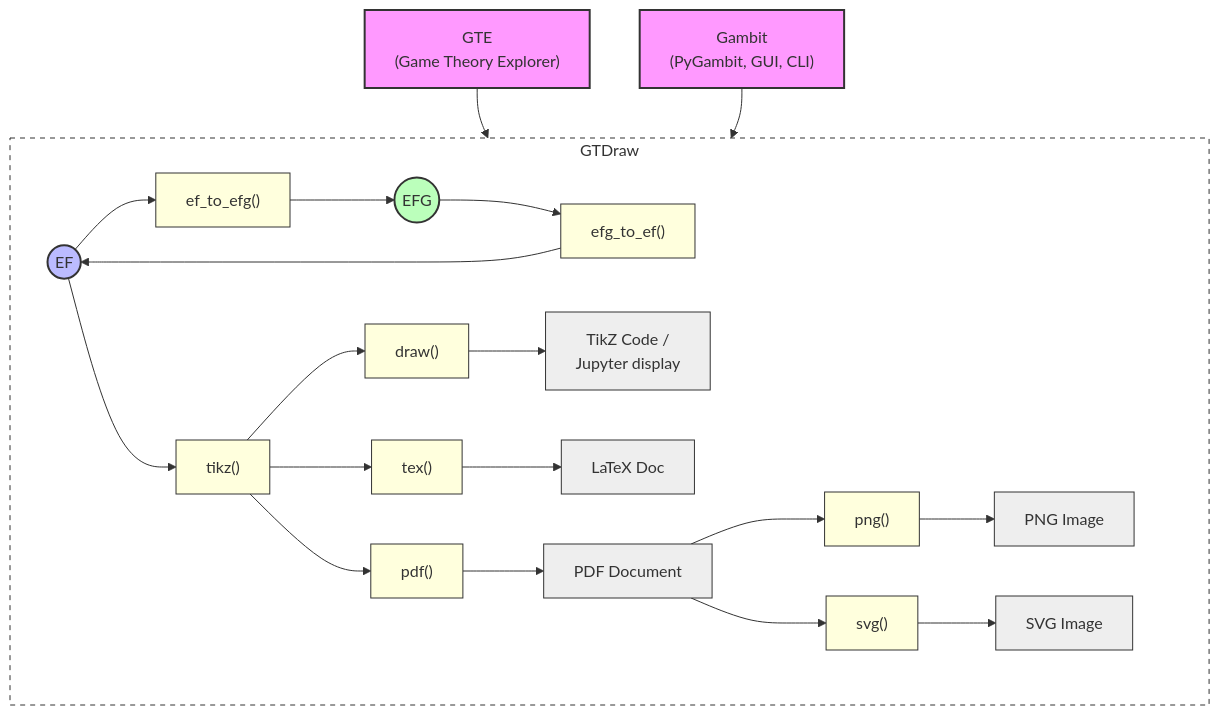
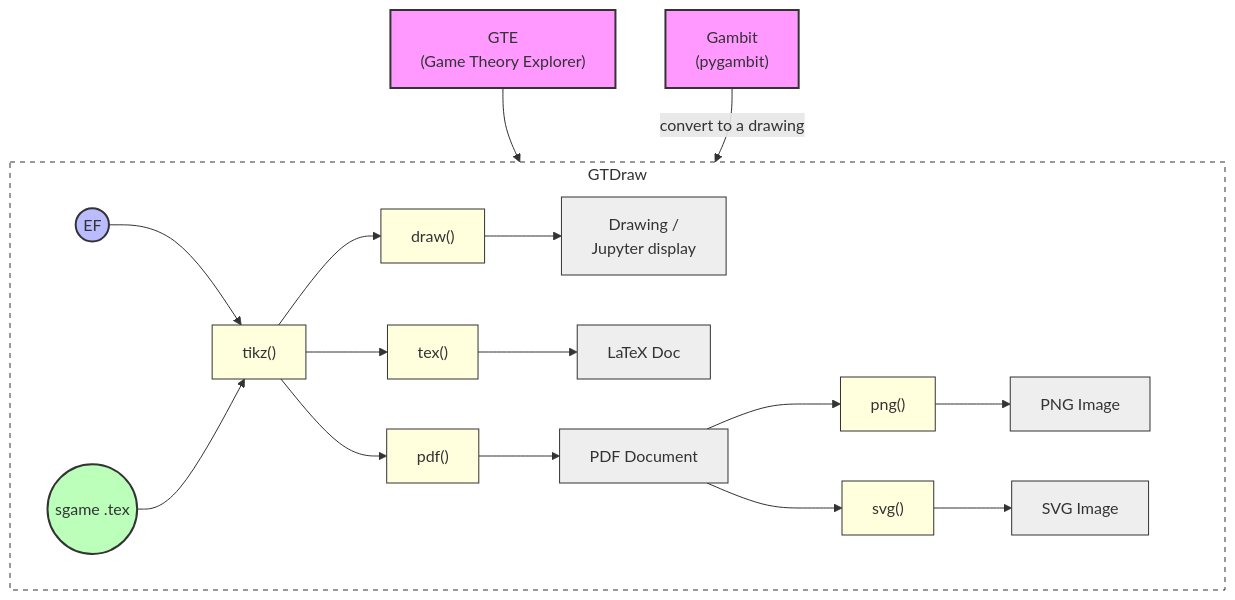
One commit to gambitproject/gtdraw changed the diagram in docs/creating_games.md. Above: the diagram before and after it, drawn with Mermaid. The commit also changed other lines of this file and 55 other files, not shown here.

````diff
--- a/docs/creating_games.md
+++ b/docs/creating_games.md
@@ -12,58 +10,52 @@
 ```{mermaid}
 flowchart TD
     %% Source Inputs
     GTE["GTE <br/> (Game Theory Explorer)"] --> EF((EF))
-    Gambit["Gambit <br/> (PyGambit, GUI, CLI)"] --> EFG((EFG))
+    Gambit["Gambit <br/> (pygambit)"] -- "convert to a drawing" --> EF
+    SG((sgame .tex))
 
     subgraph GTDraw
         direction LR
 
-        %% Conversion Layer
-        EF --> ef_to_efg_fn["ef_to_efg()"]
-        ef_to_efg_fn --> EFG
-        EFG --> efg_to_ef_fn["efg_to_ef()"]
-        efg_to_ef_fn --> EF
-
         %% core.py entry point
         EF --> tikz_fn["tikz()"]
+        SG --> tikz_fn
 
         %% Functions that build directly on tikz()
         tikz_fn --> draw_fn["draw()"]
         tikz_fn --> tex_fn["tex()"]
         tikz_fn --> pdf_fn["pdf()"]
 
         %% Output nodes
-        draw_fn --> OUT1["TikZ Code /<br/>Jupyter display"]
+        draw_fn --> OUT1["Drawing /<br/>Jupyter display"]
         tex_fn  --> OUT2[LaTeX Doc]
         pdf_fn  --> OUT3[PDF Document]
 
         %% Functions that build on pdf()
         subgraph raster[ ]
             png_fn["png()"] --> OUT4[PNG Image]
             svg_fn["svg()"] --> OUT5[SVG Image]
         end
         OUT3 --> png_fn
         OUT3 --> svg_fn
     end
 
     %% Styling
     style GTE fill:#f9f,stroke:#333,stroke-width:2px
     style Gambit fill:#f9f,stroke:#333,stroke-width:2px
     style EF fill:#bbf,stroke:#333,stroke-width:2px
-    style EFG fill:#bfb,stroke:#333,stroke-width:2px
-    style ef_to_efg_fn fill:#ffd,stroke:#333
-    style efg_to_ef_fn fill:#ffd,stroke:#333
+    style SG fill:#bfb,stroke:#333,stroke-width:2px
     style tikz_fn fill:#ffd,stroke:#333
     style draw_fn fill:#ffd,stroke:#333
     style tex_fn fill:#ffd,stroke:#333
     style pdf_fn fill:#ffd,stroke:#333
     style png_fn fill:#ffd,stroke:#333
     style svg_fn fill:#ffd,stroke:#333
     style GTDraw fill:#fff,stroke:#333,stroke-dasharray: 5 5
     style OUT1 fill:#eee,stroke:#333
     style OUT2 fill:#eee,stroke:#333
     style OUT3 fill:#eee,stroke:#333
     style OUT4 fill:#eee,stroke:#333
     style OUT5 fill:#eee,stroke:#333
     style raster fill:none,stroke:none
 ```
````
